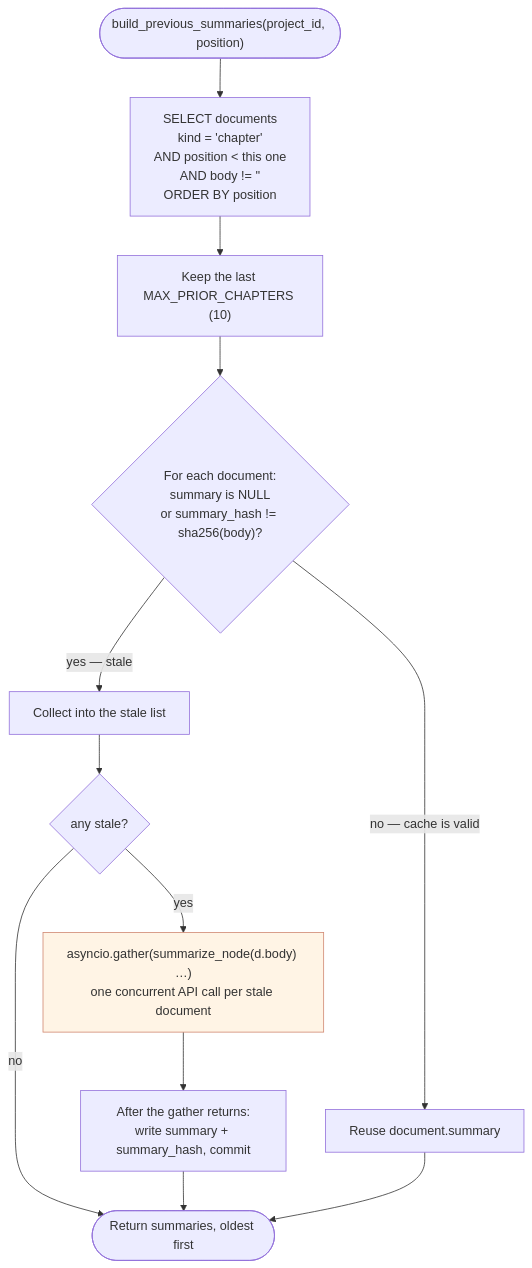
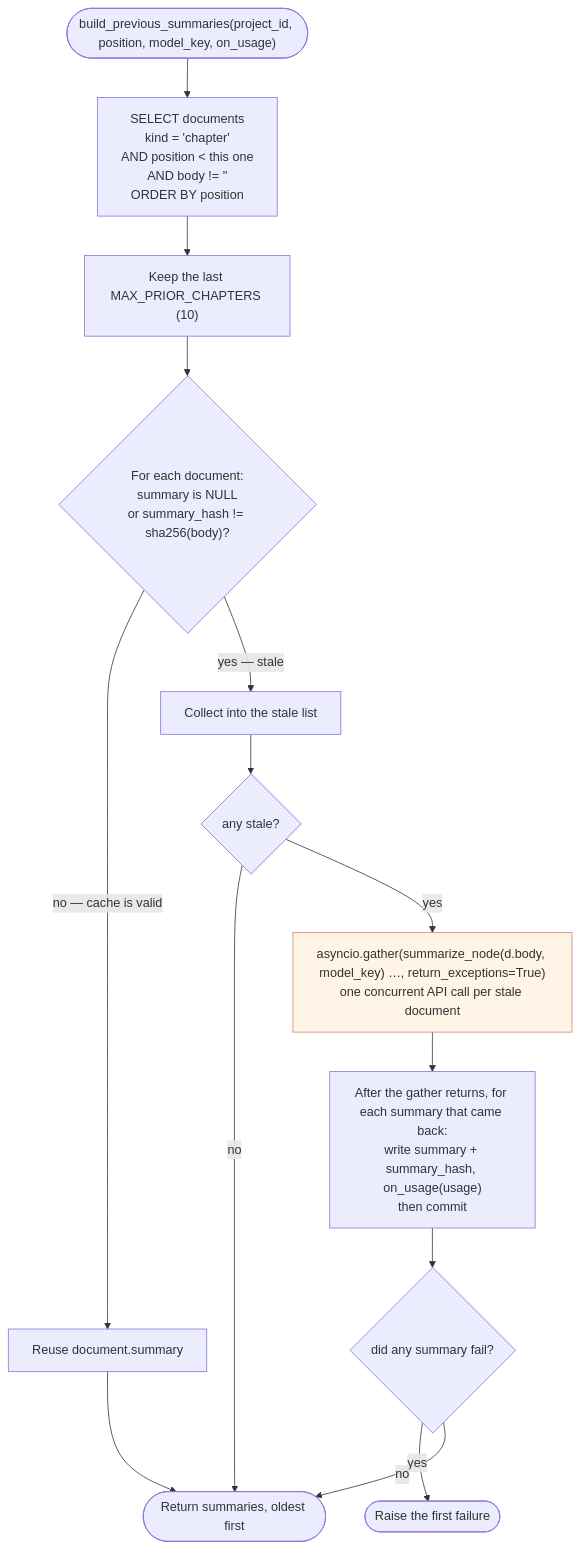
The third of 4 diagrams in docs/diagrams/03-backend-workflows.md (Akazz-L/maya), drawn with Mermaid before and after one commit. The commit also changed other lines of this file, not shown here.

First line of the commit message:
docs: bring the backend workflow diagrams up to date

````diff
--- a/docs/diagrams/03-backend-workflows.md
+++ b/docs/diagrams/03-backend-workflows.md
@@ -125,17 +151,19 @@
 ```mermaid
 flowchart TD
-    START(["build_previous_summaries(project_id, position)"]) --> Q["SELECT documents<br/>kind = 'chapter'<br/>AND position &lt; this one<br/>AND body != ''<br/>ORDER BY position"]
+    START(["build_previous_summaries(project_id, position, model_key, on_usage)"]) --> Q["SELECT documents<br/>kind = 'chapter'<br/>AND position &lt; this one<br/>AND body != ''<br/>ORDER BY position"]
     Q --> CAP["Keep the last MAX_PRIOR_CHAPTERS (10)"]
     CAP --> SPLIT{"For each document:<br/>summary is NULL<br/>or summary_hash != sha256(body)?"}
     SPLIT -->|"no — cache is valid"| REUSE["Reuse document.summary"]
     SPLIT -->|"yes — stale"| STALE["Collect into the stale list"]
 
     STALE --> ANY{"any stale?"}
     ANY -->|no| OUT
-    ANY -->|yes| GATHER["asyncio.gather(summarize_node(d.body) …)<br/>one concurrent API call per stale document"]
-    GATHER --> WRITE["After the gather returns:<br/>write summary + summary_hash, commit"]
-    WRITE --> OUT
+    ANY -->|yes| GATHER["asyncio.gather(summarize_node(d.body, model_key) …, return_exceptions=True)<br/>one concurrent API call per stale document"]
+    GATHER --> WRITE["After the gather returns, for each summary that came back:<br/>write summary + summary_hash, on_usage(usage)<br/>then commit"]
+    WRITE --> FAILED{"did any summary fail?"}
+    FAILED -->|yes| RAISE(["Raise the first failure"])
+    FAILED -->|no| OUT
     REUSE --> OUT(["Return summaries, oldest first"])
 
     style GATHER fill:#fff4e5,stroke:#d08770
 ```
````
